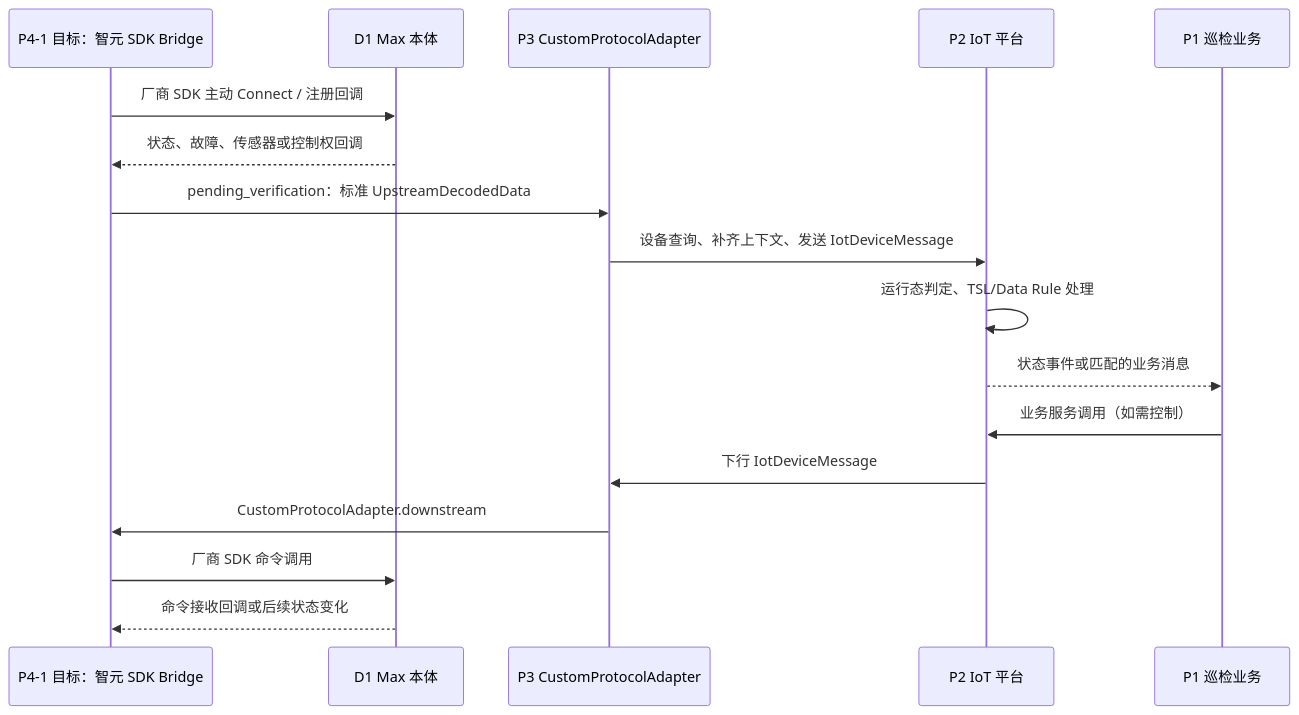
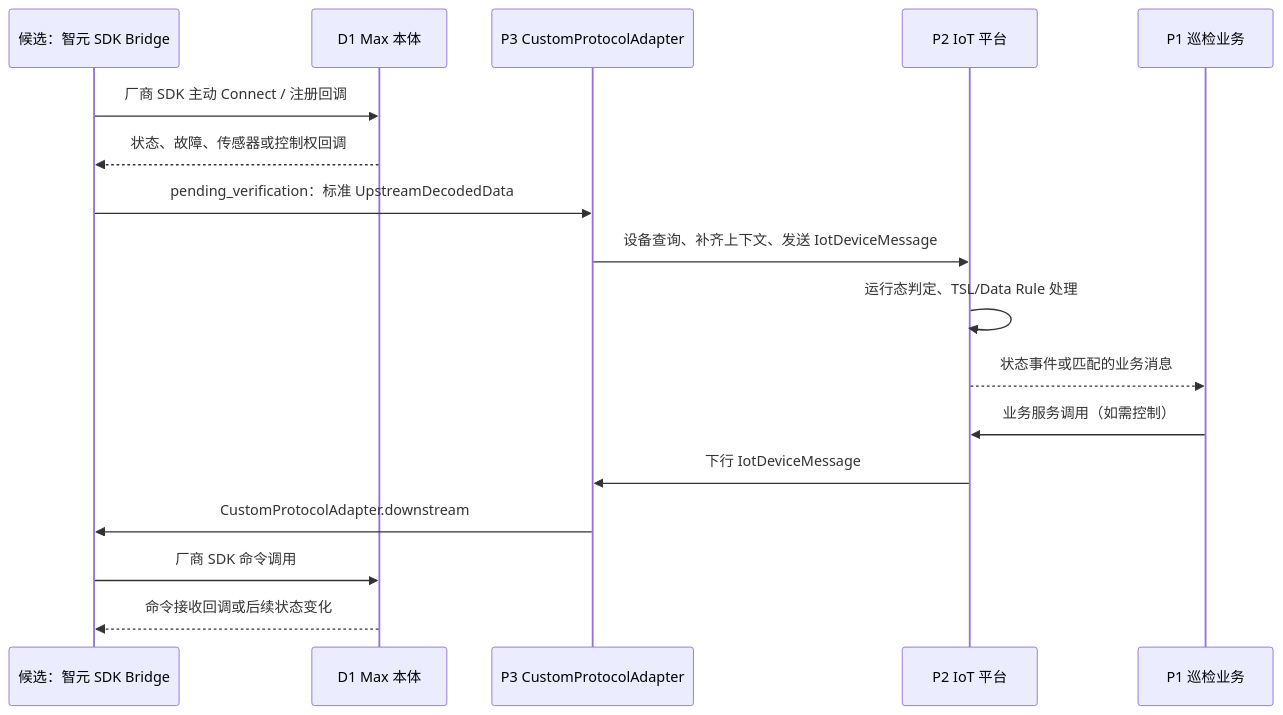
Before and after one commit to cnxutu/tu-devkit: the diagram in ai-guidance/products/company/device-inspection-platform/context/domain/zhiyuan-d1-max-sdk.md, drawn with Mermaid. The commit also changed other lines of this file and 6 other files, not shown here.

````diff
--- a/ai-guidance/products/company/device-inspection-platform/context/domain/zhiyuan-d1-max-sdk.md
+++ b/ai-guidance/products/company/device-inspection-platform/context/domain/zhiyuan-d1-max-sdk.md
@@ -43,20 +38,20 @@
 ```mermaid
 sequenceDiagram
-    participant SDK as P4-1 目标：智元 SDK Bridge
+    participant SDK as 候选：智元 SDK Bridge
     participant D1 as D1 Max 本体
     participant P3 as P3 CustomProtocolAdapter
     participant P2 as P2 IoT 平台
     participant P1 as P1 巡检业务
 
     SDK->>D1: 厂商 SDK 主动 Connect / 注册回调
     D1-->>SDK: 状态、故障、传感器或控制权回调
     SDK->>P3: pending_verification：标准 UpstreamDecodedData
     P3->>P2: 设备查询、补齐上下文、发送 IotDeviceMessage
     P2->>P2: 运行态判定、TSL/Data Rule 处理
     P2-->>P1: 状态事件或匹配的业务消息
     P1->>P2: 业务服务调用（如需控制）
     P2->>P3: 下行 IotDeviceMessage
     P3->>SDK: CustomProtocolAdapter.downstream
     SDK->>D1: 厂商 SDK 命令调用
     D1-->>SDK: 命令接收回调或后续状态变化
 ```
````
